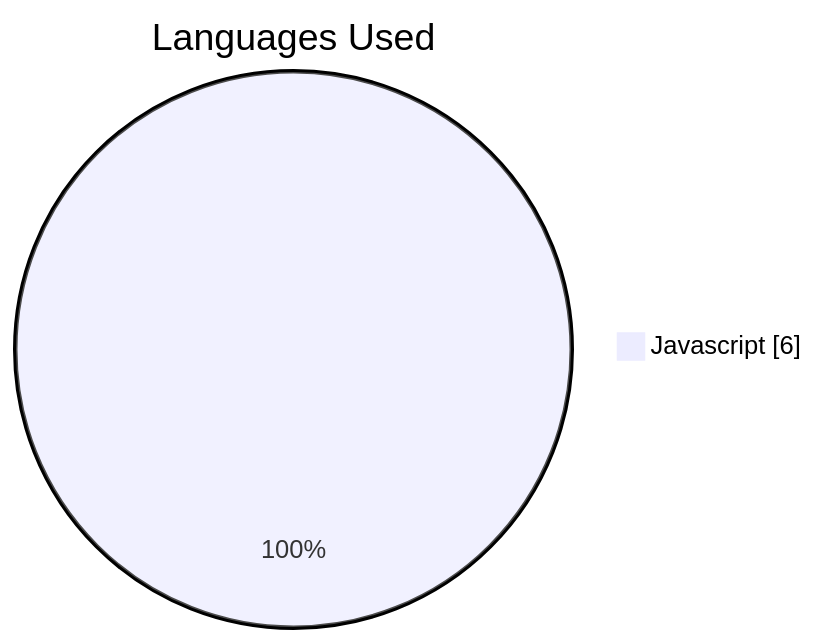
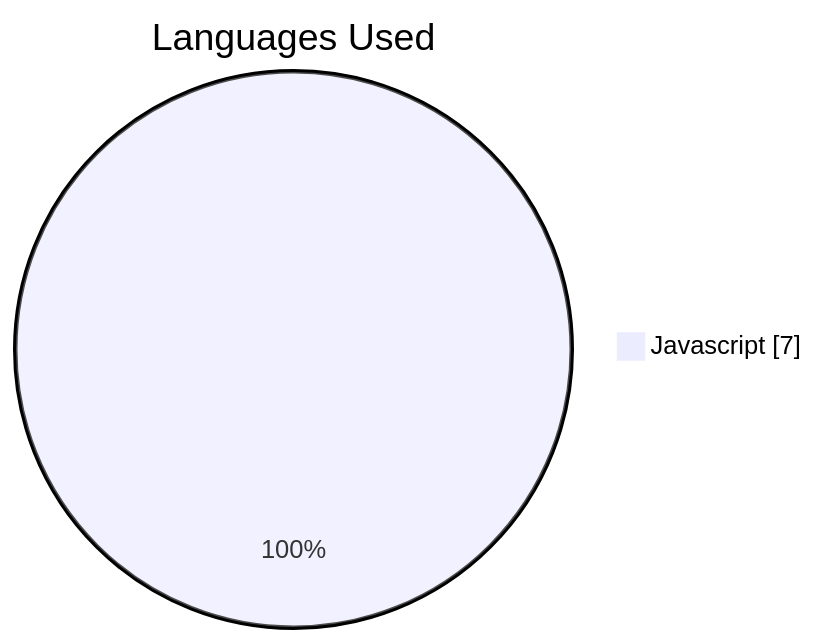
The second of 6 diagrams in README.md (JakubPawinski/gitcode-solutions), drawn with Mermaid before and after one commit. The commit also changed other lines of this file, not shown here.

````diff
--- a/README.md
+++ b/README.md
@@ -124,5 +124,5 @@
 ```mermaid
 pie showData
     title Languages Used
-    "Javascript" : 6
+    "Javascript" : 7
 ```
````
